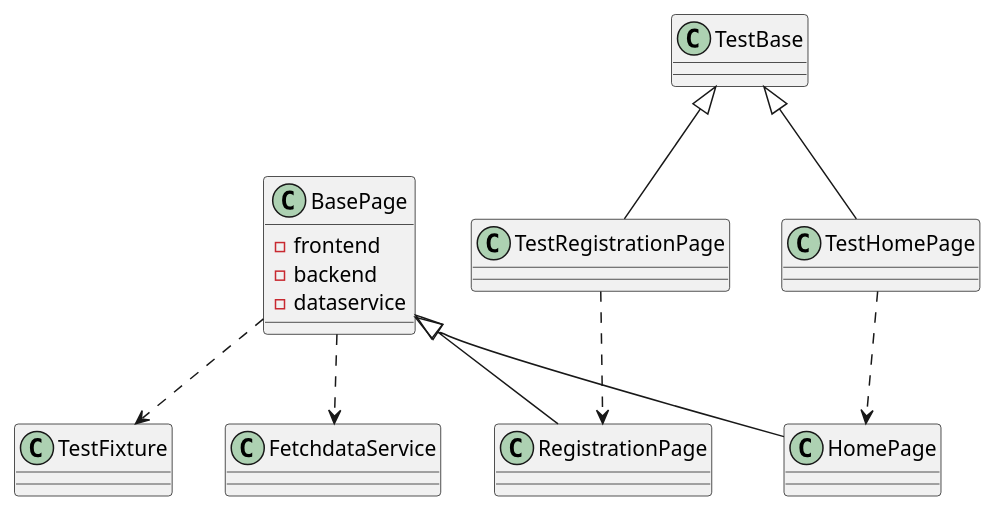
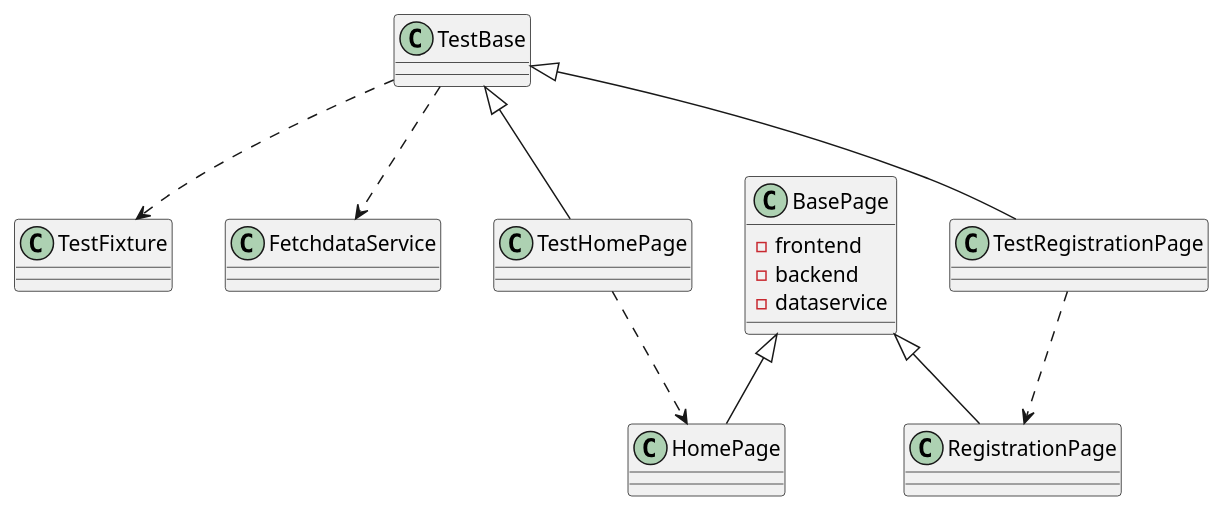
The diagram in class_diagram.puml (susmita-t/testautomation), drawn with PlantUML before and after one commit.

```diff
--- a/class_diagram.puml
+++ b/class_diagram.puml
@@ -1,27 +1,27 @@
 @startuml
     class TestFixture
     class FetchdataService
     
     class BasePage
         BasePage : -frontend
         BasePage : -backend
         BasePage : -dataservice
     class HomePage
     class RegistrationPage
     
     class TestBase
     class TestHomePage
     class TestRegistrationPage
     
     
     BasePage <|-- HomePage
     BasePage <|-- RegistrationPage
     TestBase <|-- TestHomePage
     TestBase <|-- TestRegistrationPage
     
-    BasePage ..> TestFixture
-    BasePage ..> FetchdataService
+    TestBase ..> TestFixture
+    TestBase ..> FetchdataService
     
     TestHomePage ..> HomePage
     TestRegistrationPage ..> RegistrationPage
 @enduml
```
